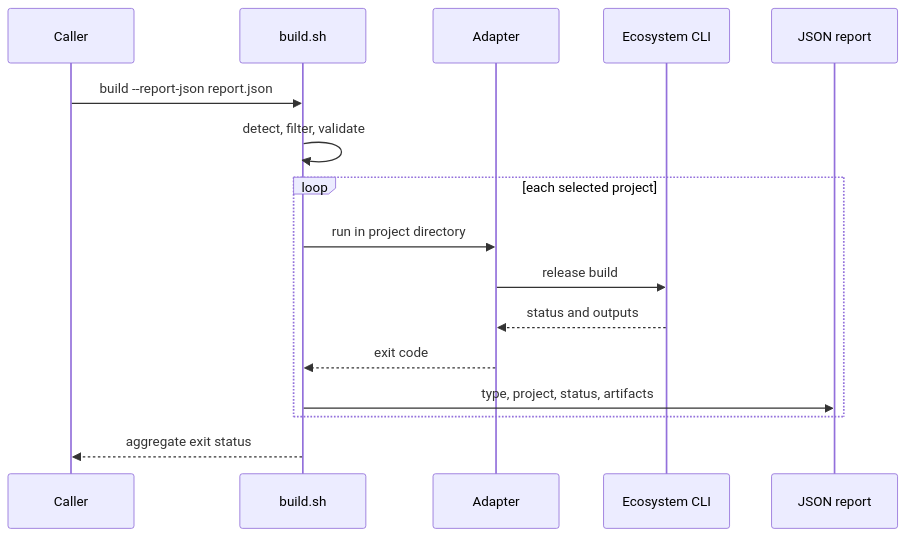
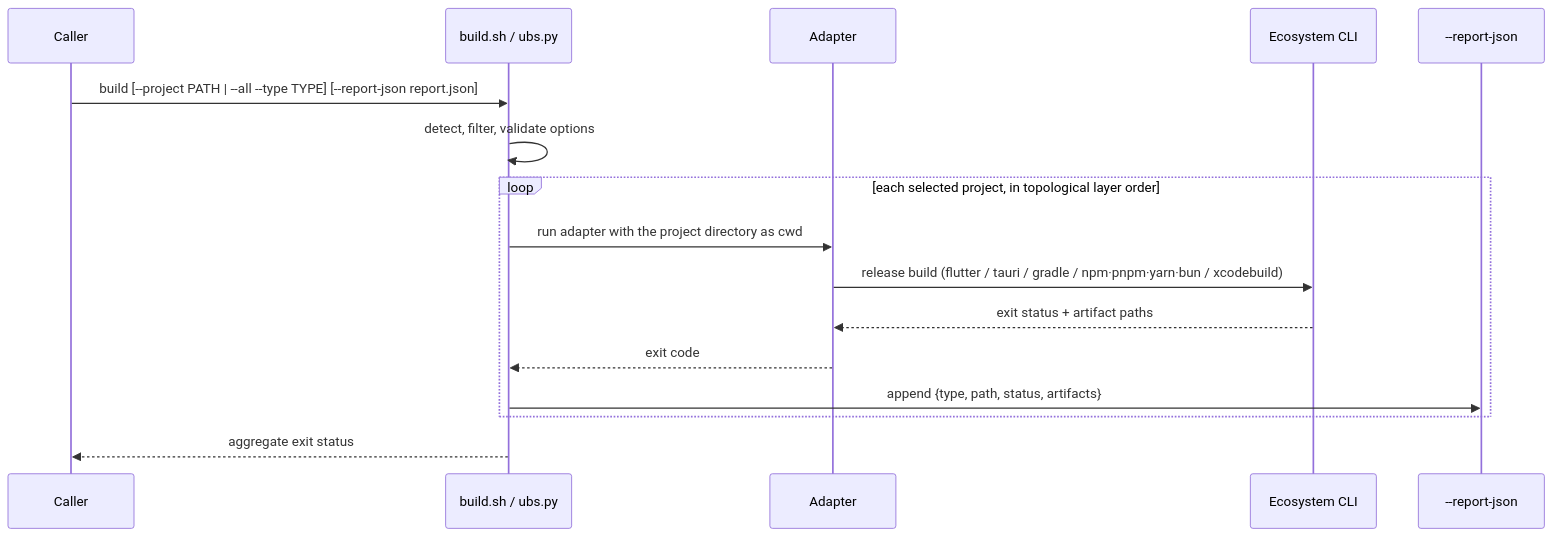
The fourth of 10 diagrams in README.en.md (Claude-Personal/ubs), drawn with Mermaid before and after one commit. The commit also changed other lines of this file, not shown here.

First line of the commit message:
docs(readme): rewrite English README with verified architecture, publish workflow, and security details

````diff
--- a/README.en.md
+++ b/README.en.md
@@ -110,18 +197,18 @@
 ```mermaid
 sequenceDiagram
     participant C as Caller
-    participant B as build.sh
+    participant B as build.sh / ubs.py
     participant A as Adapter
     participant E as Ecosystem CLI
-    participant J as JSON report
-    C->>B: build --report-json report.json
-    B->>B: detect, filter, validate
-    loop each selected project
-        B->>A: run in project directory
-        A->>E: release build
-        E-->>A: status and outputs
+    participant J as --report-json
+    C->>B: build [--project PATH | --all --type TYPE] [--report-json report.json]
+    B->>B: detect, filter, validate options
+    loop each selected project, in topological layer order
+        B->>A: run adapter with the project directory as cwd
+        A->>E: release build (flutter / tauri / gradle / npm·pnpm·yarn·bun / xcodebuild)
+        E-->>A: exit status + artifact paths
         A-->>B: exit code
-        B->>J: type, project, status, artifacts
+        B->>J: append {type, path, status, artifacts}
     end
     B-->>C: aggregate exit status
 ```
````
